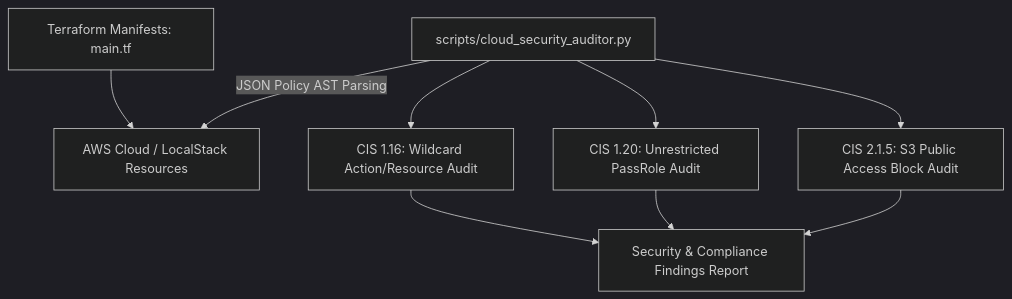
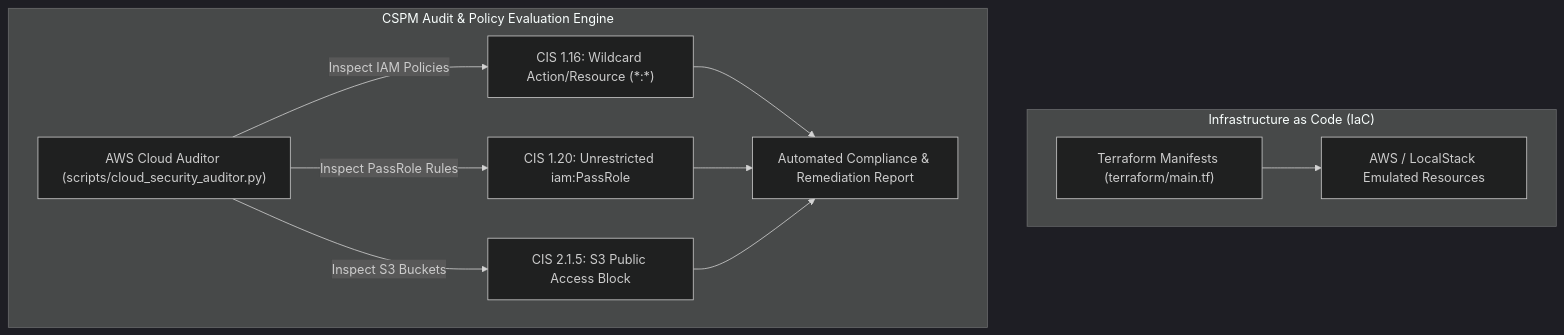
Before and after one commit to toprakahmetaydogmus/03-cloudsec-aws-audit: the diagram in README.md, drawn with Mermaid (dark theme). The commit also changed other lines of this file, not shown here.

````diff
--- a/README.md
+++ b/README.md
@@ -19,11 +19,16 @@
 ```mermaid
 graph TD
-    TF[Terraform Manifests: main.tf] --> AWS[AWS Cloud / LocalStack Resources]
-    Auditor[scripts/cloud_security_auditor.py] -->|JSON Policy AST Parsing| AWS
-    Auditor --> Check1[CIS 1.16: Wildcard Action/Resource Audit]
-    Auditor --> Check2[CIS 1.20: Unrestricted PassRole Audit]
-    Auditor --> Check3[CIS 2.1.5: S3 Public Access Block Audit]
-    Check1 --> Report[Security & Compliance Findings Report]
-    Check2 --> Report
-    Check3 --> Report
+    subgraph "Infrastructure as Code (IaC)"
+        TF["Terraform Manifests (terraform/main.tf)"] --> Cloud["AWS / LocalStack Emulated Resources"]
+    end
+
+    subgraph "CSPM Audit & Policy Evaluation Engine"
+        Auditor["AWS Cloud Auditor (scripts/cloud_security_auditor.py)"]
+        Auditor -->|Inspect IAM Policies| Check1["CIS 1.16: Wildcard Action/Resource (*:*)"]
+        Auditor -->|Inspect PassRole Rules| Check2["CIS 1.20: Unrestricted iam:PassRole"]
+        Auditor -->|Inspect S3 Buckets| Check3["CIS 2.1.5: S3 Public Access Block"]
+        Check1 --> Report["Automated Compliance & Remediation Report"]
+        Check2 --> Report
+        Check3 --> Report
+    end
 ```
````
